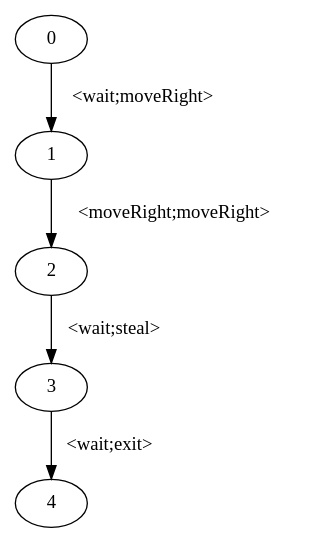
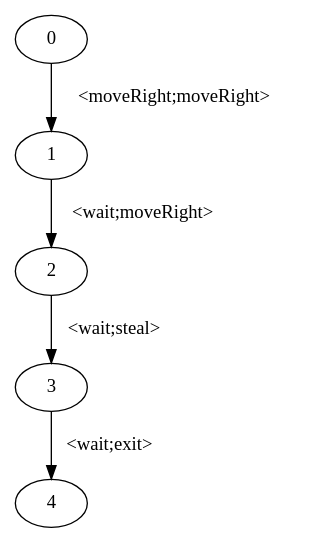
The diagram in Coursework 3/.w6-3.ispl/formula2.dot (leonardocarboni/infomlsai), drawn with Graphviz before and after one commit. The commit also changed 14 other files, not shown here.

```diff
--- a/Coursework 3/.w6-3.ispl/formula2.dot
+++ b/Coursework 3/.w6-3.ispl/formula2.dot
@@ -1,11 +1,11 @@
 digraph witness1 {
  0 [label="0",shape=ellipse]
  1 [label="1",shape=ellipse]
  2 [label="2",shape=ellipse]
  3 [label="3",shape=ellipse]
  4 [label="4",shape=ellipse]
-    0 -> 1[label="<wait;moveRight>"]
-    1 -> 2[label="<moveRight;moveRight>"]
+    0 -> 1[label="<moveRight;moveRight>"]
+    1 -> 2[label="<wait;moveRight>"]
     2 -> 3[label="<wait;steal>"]
     3 -> 4[label="<wait;exit>"]
 }
```
